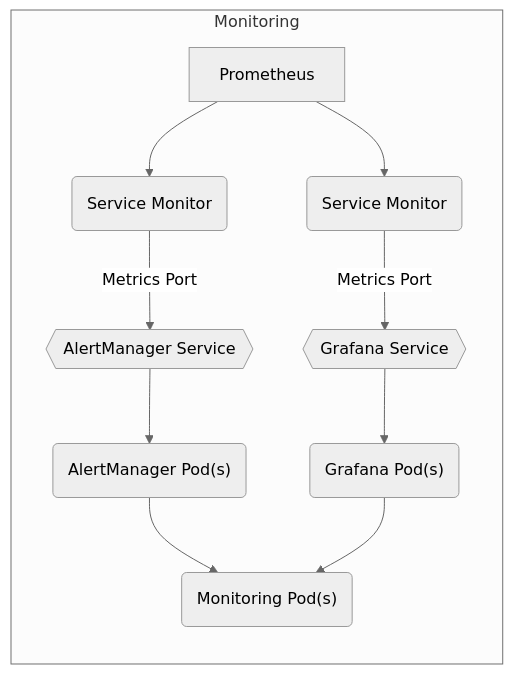
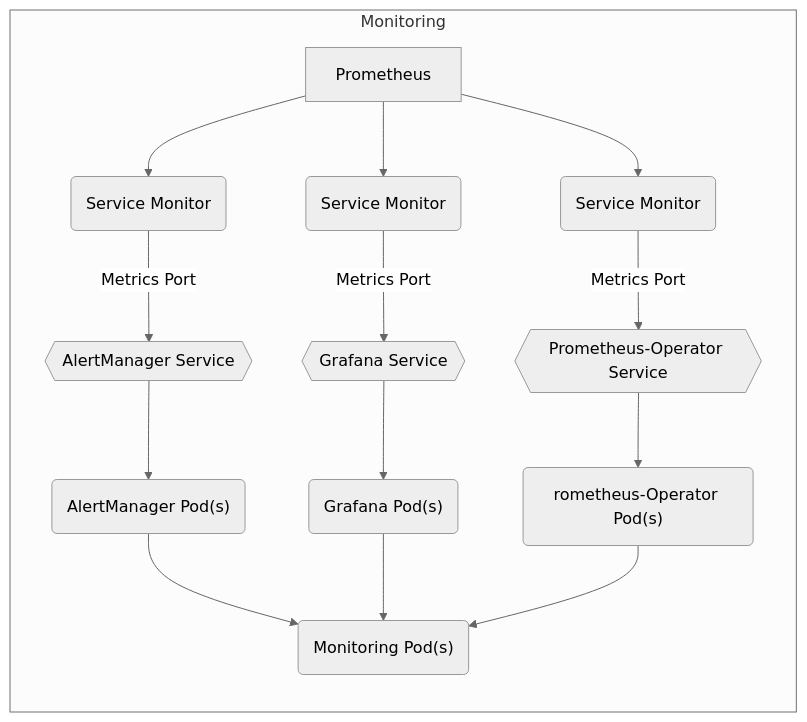
One commit to sbko/bigbang changed the diagram in charter/packages/monitoring/Architecture.md. Above: the diagram before and after it, drawn with Mermaid (neutral theme).

Commit message:
monitoring architecture

````diff
--- a/charter/packages/monitoring/Architecture.md
+++ b/charter/packages/monitoring/Architecture.md
@@ -12,16 +12,20 @@
  ```mermaid
 graph LR
   subgraph "Monitoring"
     alertmanagerpods("AlertManager Pod(s)") --> monitoringpods("Monitoring Pod(s)")
     alertmanagerservice{{AlertManager Service}} --> alertmanagerpods("AlertManager Pod(s)")
     alertmanagersvcmonitor("Service Monitor") --"Metrics Port"--> alertmanagerservice
     Prometheus --> alertmanagersvcmonitor("Service Monitor")
     grafanapods("Grafana Pod(s)") --> monitoringpods("Monitoring Pod(s)")
     grafanaservice{{Grafana Service}} --> grafanapods("Grafana Pod(s)")
     grafanasvcmonitor("Service Monitor") --"Metrics Port"--> grafanaservice
     Prometheus --> grafanasvcmonitor("Service Monitor")
+    prometheusoperatorpods("Prometheus-Operator Pod(s)") --> monitoringpods("Monitoring Pod(s)")
+    prometheusoperatorservice{{Prometheus-Operator Service}} -->  prometheusoperatorpods("rometheus-Operator Pod(s)")
+    prometheusoperatorsvcmonitor("Service Monitor") --"Metrics Port"--> prometheusoperatorservice
+    Prometheus --> prometheusoperatorsvcmonitor("Service Monitor")
 
     
   end
   
 ```   
````
